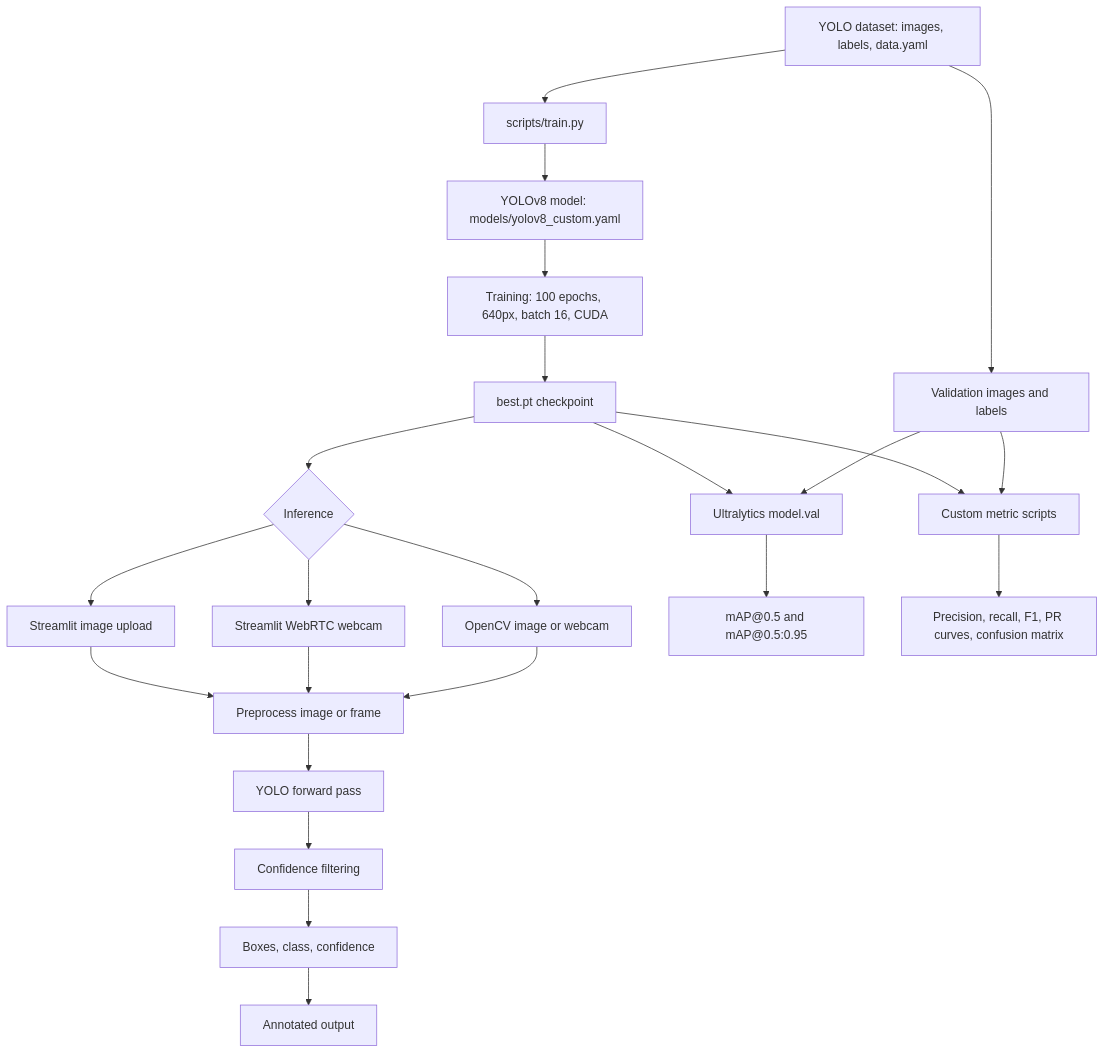
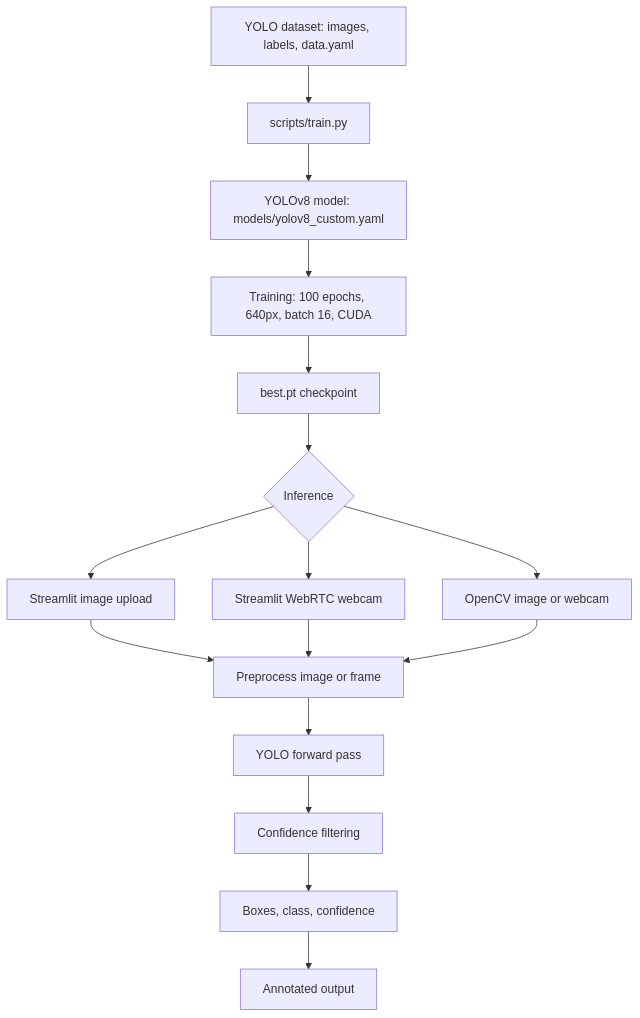
One commit to ragebhanukiran/ObjectDetectionModelUsingYOLO changed the diagram in README.md. Above: the diagram before and after it, drawn with Mermaid. The commit also changed other lines of this file, not shown here.

````diff
--- a/README.md
+++ b/README.md
@@ -9,27 +9,18 @@
 ```mermaid
 flowchart TD
     A[YOLO dataset: images, labels, data.yaml] --> B[scripts/train.py]
     B --> C[YOLOv8 model: models/yolov8_custom.yaml]
     C --> D[Training: 100 epochs, 640px, batch 16, CUDA]
     D --> E[best.pt checkpoint]
-
     E --> F{Inference}
     F --> G[Streamlit image upload]
     F --> H[Streamlit WebRTC webcam]
     F --> I[OpenCV image or webcam]
     G --> J[Preprocess image or frame]
     H --> J
     I --> J
     J --> K[YOLO forward pass]
     K --> L[Confidence filtering]
     L --> M[Boxes, class, confidence]
     M --> N[Annotated output]
-
-    A --> O[Validation images and labels]
-    E --> P[Ultralytics model.val]
-    O --> P
-    E --> Q[Custom metric scripts]
-    O --> Q
-    P --> R["mAP@0.5 and mAP@0.5:0.95"]
-    Q --> S["Precision, recall, F1, PR curves, confusion matrix"]
 ```
````
